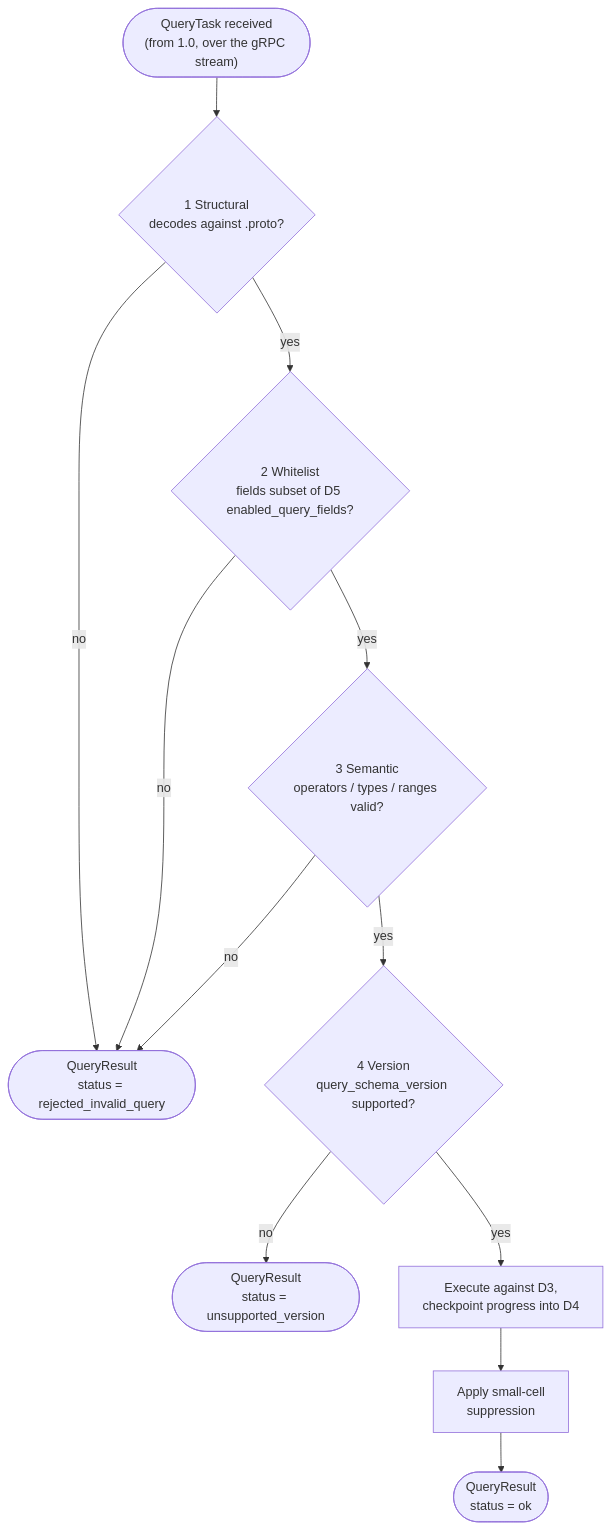
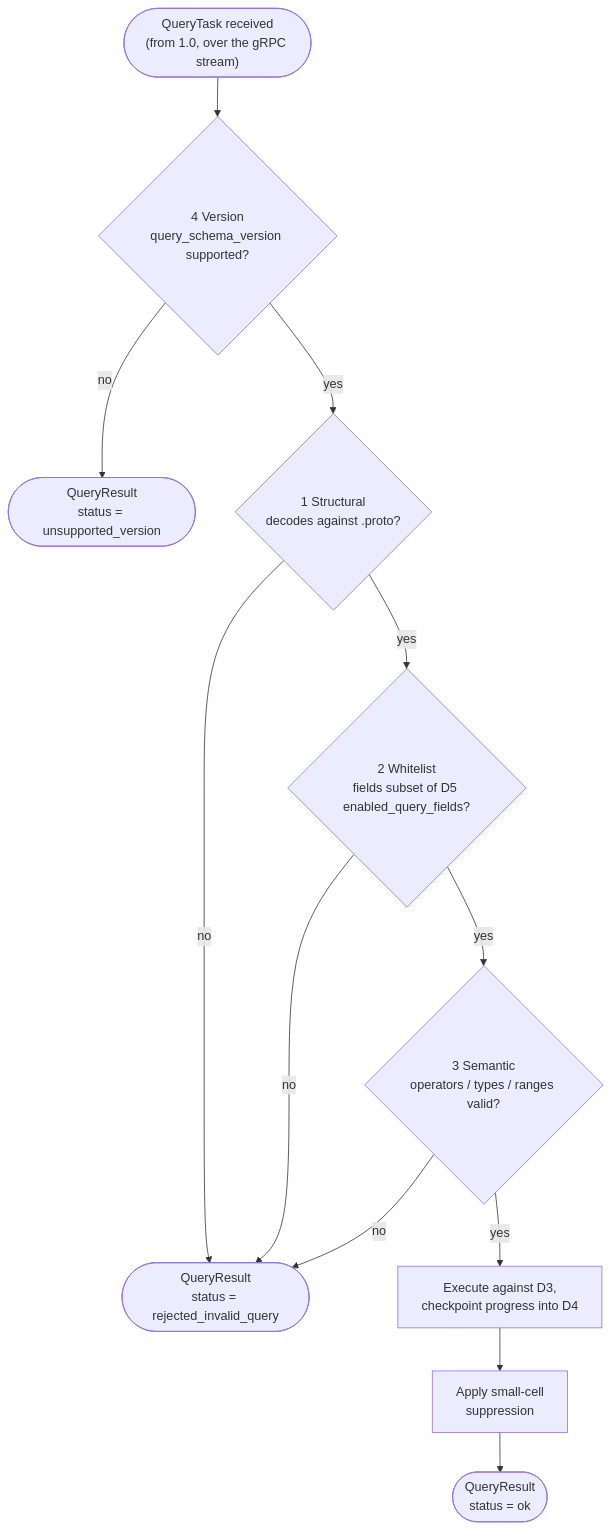
The third of 6 diagrams in docs/product/federated-query-flow.md (trungnt1811/life-cloud-agent-node), drawn with Mermaid before and after one commit. The commit also changed other lines of this file and 7 other files, not shown here.

````diff
--- a/docs/product/federated-query-flow.md
+++ b/docs/product/federated-query-flow.md
@@ -97,25 +97,25 @@
 ```mermaid
 flowchart TD
   START(["QueryTask received<br/>(from 1.0, over the gRPC stream)"])
   V1{"1 Structural<br/>decodes against .proto?"}
   V2{"2 Whitelist<br/>fields subset of D5 enabled_query_fields?"}
   V3{"3 Semantic<br/>operators / types / ranges valid?"}
   V4{"4 Version<br/>query_schema_version supported?"}
   EXEC["Execute against D3,<br/>checkpoint progress into D4"]
   SUPPRESS["Apply small-cell<br/>suppression"]
   OK(["QueryResult<br/>status = ok"])
   REJ1(["QueryResult<br/>status = rejected_invalid_query"])
   REJ2(["QueryResult<br/>status = unsupported_version"])
 
-  START --> V1
+  START --> V4
+  V4 -- no --> REJ2
+  V4 -- yes --> V1
   V1 -- no --> REJ1
   V1 -- yes --> V2
   V2 -- no --> REJ1
   V2 -- yes --> V3
   V3 -- no --> REJ1
-  V3 -- yes --> V4
-  V4 -- no --> REJ2
-  V4 -- yes --> EXEC
+  V3 -- yes --> EXEC
   EXEC --> SUPPRESS
   SUPPRESS --> OK
 ```
````
